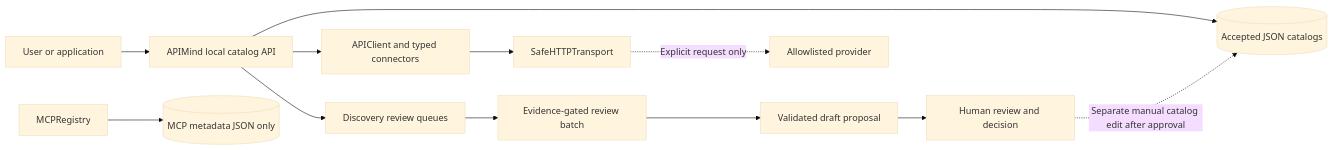
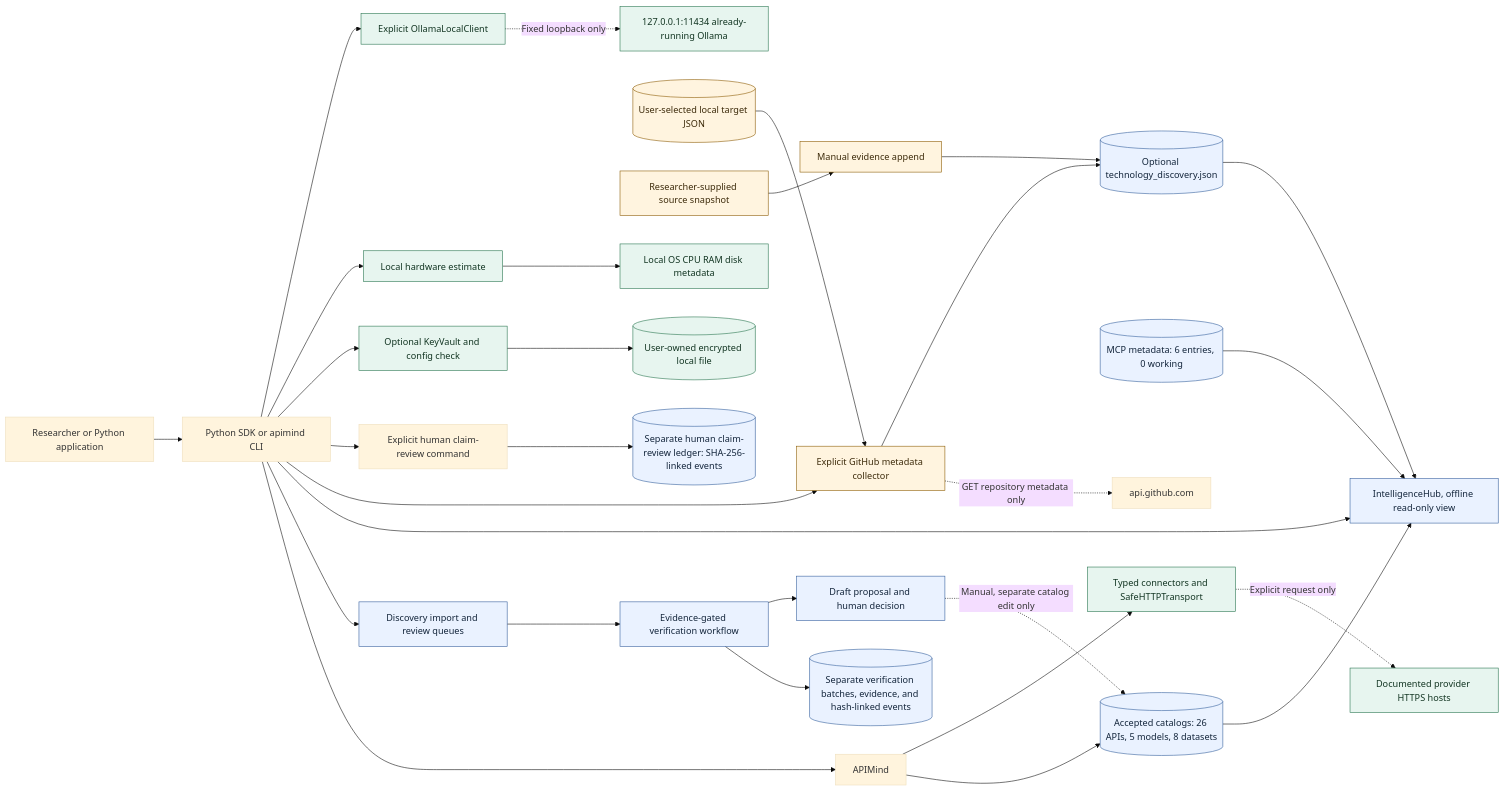
One commit to dhundhwana-arch/DIVYESH-API-MIND changed the first of 2 diagrams in README.md. Above: the diagram before and after it, drawn with Mermaid (base theme). The commit also changed other lines of this file and 15 other files, not shown here.

````diff
--- a/README.md
+++ b/README.md
@@ -277,14 +72,42 @@
 ```mermaid
 flowchart LR
-    User[User or application] --> Local[APIMind local catalog API]
-    Local --> Catalogs[(Accepted JSON catalogs)]
-    Local --> Queue[Discovery review queues]
-    Queue --> Batch[Evidence-gated review batch]
-    Batch --> Proposal[Validated draft proposal]
-    Proposal --> Human[Human review and decision]
-    Human -. Separate manual catalog edit after approval .-> Catalogs
-    Local --> Client[APIClient and typed connectors]
-    Client --> Transport[SafeHTTPTransport]
-    Transport -. Explicit request only .-> Provider[Allowlisted provider]
-    Registry[MCPRegistry] --> MCP[(MCP metadata JSON only)]
+    User[Researcher or Python application] --> Entry[Python SDK or apimind CLI]
+    Entry --> Mind[APIMind]
+    Mind --> Accepted[(Accepted catalogs: 26 APIs, 5 models, 8 datasets)]
+    Entry --> Queue[Discovery import and review queues]
+    Queue --> Verify[Evidence-gated verification workflow]
+    Verify --> Batch[(Separate verification batches, evidence, and hash-linked events)]
+    Verify --> Proposal[Draft proposal and human decision]
+    Proposal -. Manual, separate catalog edit only .-> Accepted
+
+    Entry --> Hub[IntelligenceHub, offline read-only view]
+    Accepted --> Hub
+    McpData[(MCP metadata: 6 entries, 0 working)] --> Hub
+    Discovery[(Optional technology_discovery.json)] --> Hub
+
+    Entry --> Research[Explicit GitHub metadata collector]
+    Targets[(User-selected local target JSON)] --> Research
+    Research -. GET repository metadata only .-> GitHub[api.github.com]
+    Research --> Discovery
+    HumanEvidence[Researcher-supplied source snapshot] --> EvidenceAdd[Manual evidence append]
+    EvidenceAdd --> Discovery
+    Entry --> ReviewDecision[Explicit human claim-review command]
+    ReviewDecision --> ReviewLedger[(Separate human claim-review ledger: SHA-256-linked events)]
+
+    Entry --> Vault[Optional KeyVault and config check]
+    Vault --> Encrypted[(User-owned encrypted local file)]
+    Entry --> Hardware[Local hardware estimate]
+    Hardware --> OS[Local OS CPU RAM disk metadata]
+    Entry --> Ollama[Explicit OllamaLocalClient]
+    Ollama -. Fixed loopback only .-> LocalRuntime[127.0.0.1:11434 already-running Ollama]
+
+    Mind --> Connectors[Typed connectors and SafeHTTPTransport]
+    Connectors -. Explicit request only .-> Providers[Documented provider HTTPS hosts]
+
+    classDef local fill:#eaf2ff,stroke:#315c9b,color:#13253b;
+    classDef review fill:#fff4df,stroke:#8a5a00,color:#3d2b0b;
+    classDef guarded fill:#e7f5ef,stroke:#26734d,color:#123522;
+    class Accepted,Queue,Verify,Batch,Proposal,Hub,Discovery,McpData,ReviewLedger local;
+    class Research,Targets,HumanEvidence,EvidenceAdd review;
+    class Vault,Encrypted,Hardware,OS,Ollama,LocalRuntime,Connectors,Providers guarded;
 ```
````
